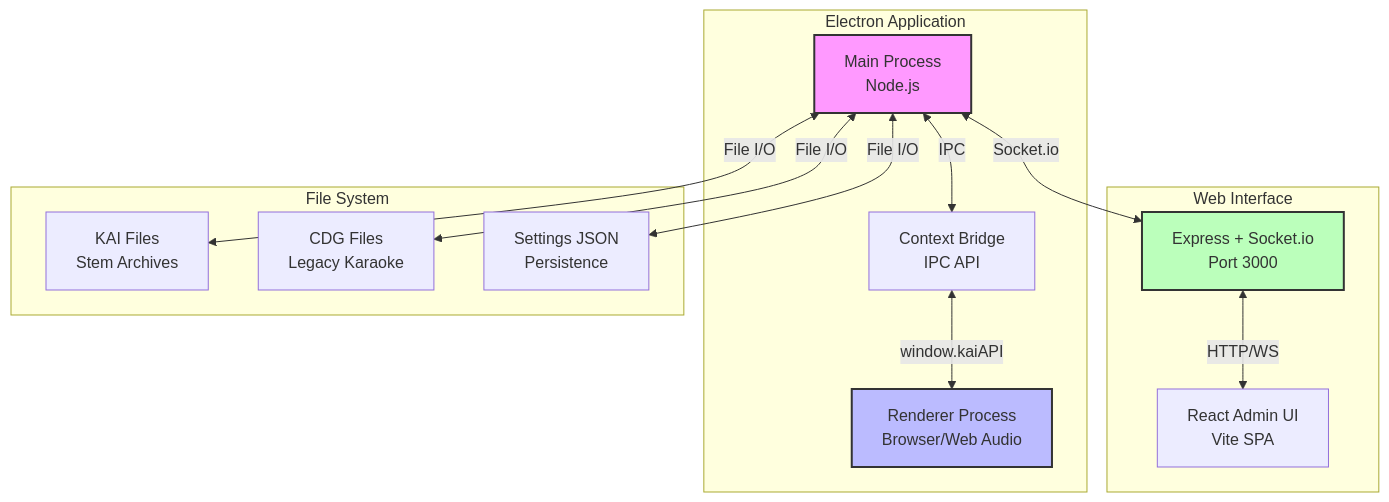
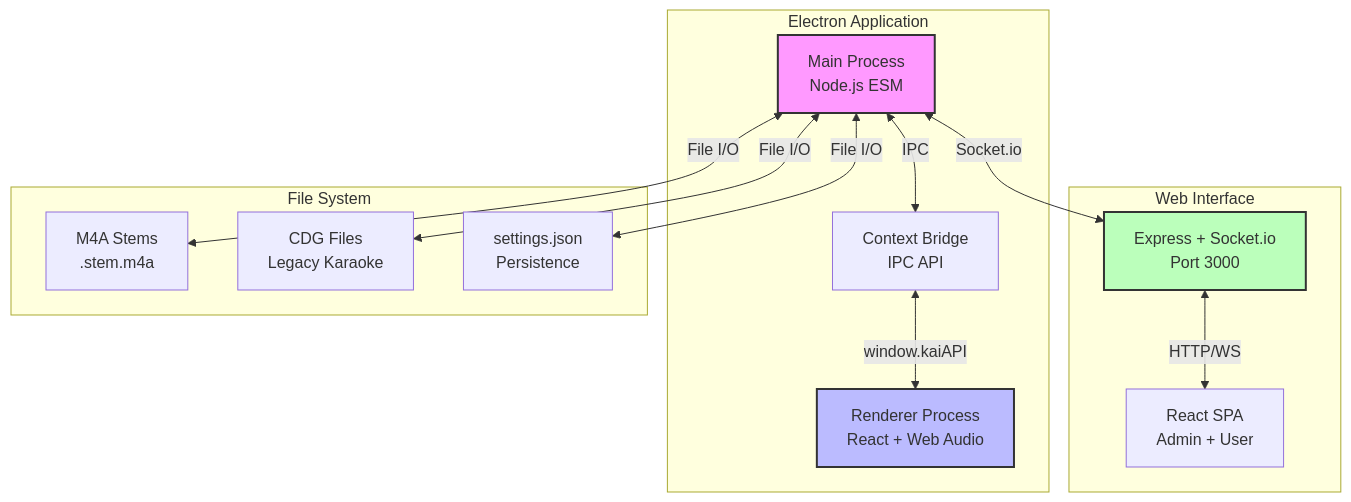
Before and after one commit to monteslu/loukai: the first of 5 diagrams in docs/architecture.md, drawn with Mermaid. The commit also changed other lines of this file and 37 other files, not shown here.

````diff
--- a/docs/architecture.md
+++ b/docs/architecture.md
@@ -9,31 +9,31 @@
 ```mermaid
 graph TB
     subgraph "Electron Application"
-        Main[Main Process<br/>Node.js]
-        Renderer[Renderer Process<br/>Browser/Web Audio]
+        Main[Main Process<br/>Node.js ESM]
+        Renderer[Renderer Process<br/>React + Web Audio]
         Preload[Context Bridge<br/>IPC API]
     end
 
     subgraph "Web Interface"
         WebServer[Express + Socket.io<br/>Port 3000]
-        WebUI[React Admin UI<br/>Vite SPA]
+        WebUI[React SPA<br/>Admin + User]
     end
 
     subgraph "File System"
-        KAI[KAI Files<br/>Stem Archives]
+        M4A[M4A Stems<br/>.stem.m4a]
         CDG[CDG Files<br/>Legacy Karaoke]
-        Settings[Settings JSON<br/>Persistence]
+        Settings[settings.json<br/>Persistence]
     end
 
     Main <-->|IPC| Preload
     Preload <-->|window.kaiAPI| Renderer
     Main <-->|Socket.io| WebServer
     WebServer <-->|HTTP/WS| WebUI
-    Main <-->|File I/O| KAI
+    Main <-->|File I/O| M4A
     Main <-->|File I/O| CDG
     Main <-->|File I/O| Settings
 
     style Main fill:#f9f,stroke:#333,stroke-width:2px
     style Renderer fill:#bbf,stroke:#333,stroke-width:2px
     style WebServer fill:#bfb,stroke:#333,stroke-width:2px
 ```
````
